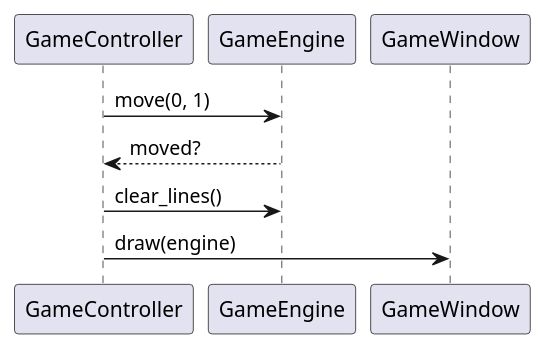
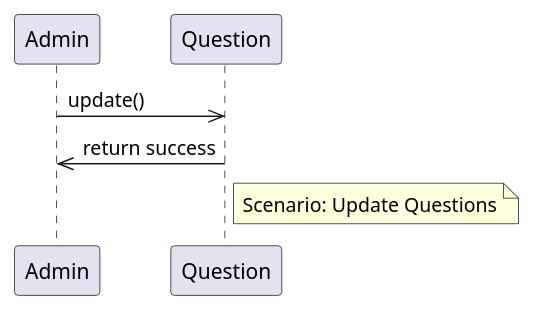
Before and after one commit to naveedkhan23/code-agent: the eighth of 12 diagrams in Architecture_View.md, drawn with PlantUML. The commit also changed other lines of this file and 5 other files, not shown here.

````diff
--- a/Architecture_View.md
+++ b/Architecture_View.md
@@ -42,11 +120,9 @@
 ```plantuml
-@startuml
-participant GameController
-participant GameEngine
-participant GameWindow
-GameController -> GameEngine : move(0, 1)
-GameEngine --> GameController : moved?
-GameController -> GameEngine : clear_lines()
-GameController -> GameWindow : draw(engine)
+@startuml CollaborationDiagram2
+participant Admin
+participant Question
+Admin->>Question: update()
+Question->>Admin: return success
+note right of Question: Scenario: Update Questions
 @enduml
 ```
````
